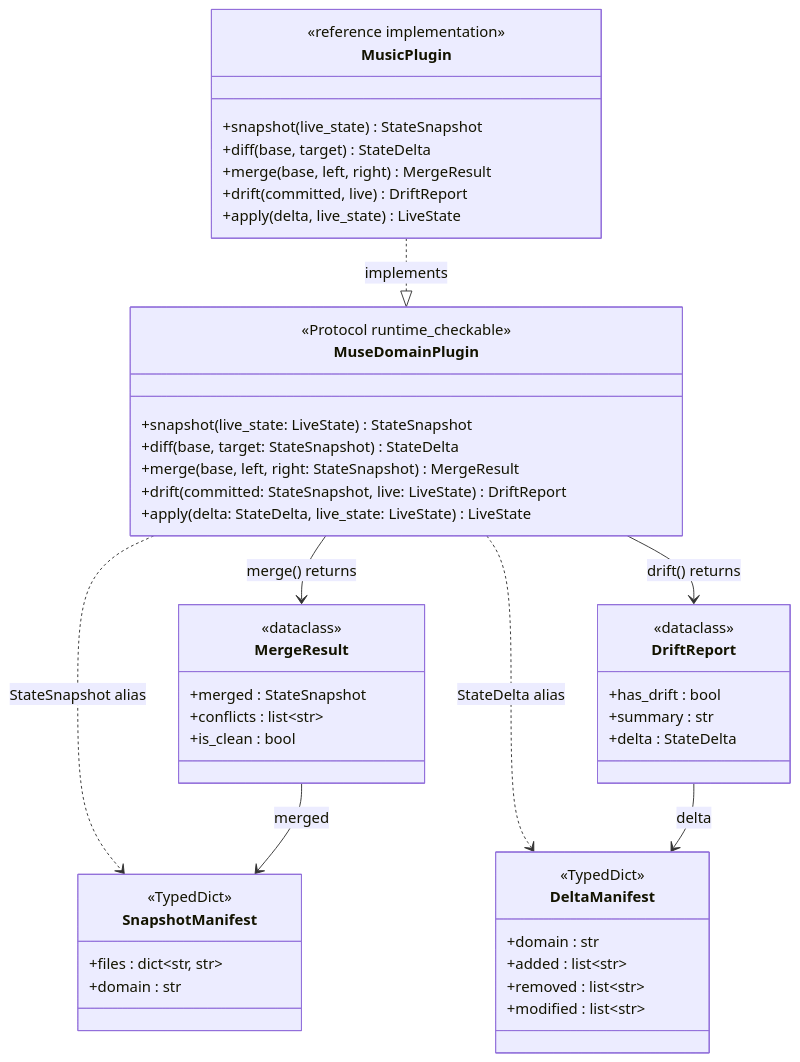
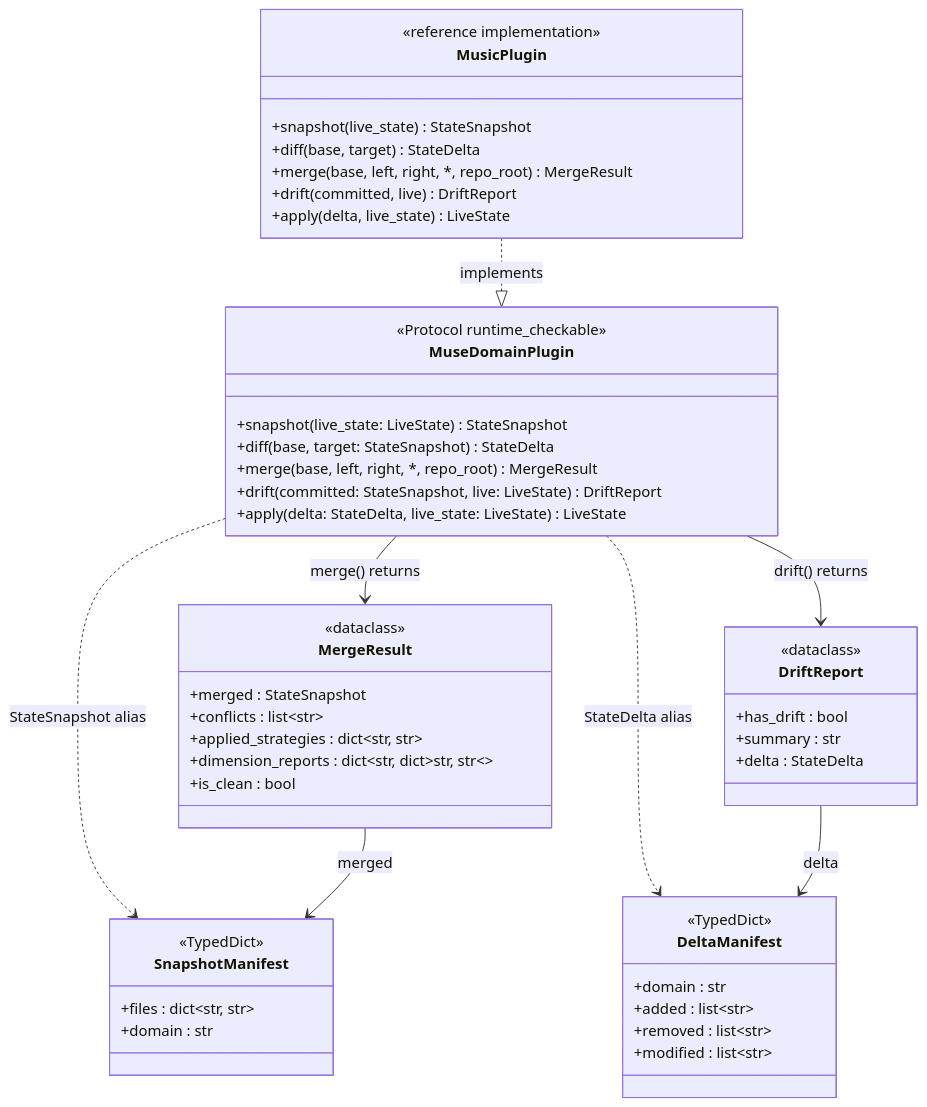
Before and after one commit to cgcardona/muse: the first of 9 diagrams in docs/reference/type-contracts.md, drawn with Mermaid. The commit also changed other lines of this file and 2 other files, not shown here.

````diff
--- a/docs/reference/type-contracts.md
+++ b/docs/reference/type-contracts.md
@@ -595,51 +705,53 @@
 ```mermaid
 classDiagram
     class SnapshotManifest {
         <<TypedDict>>
         +files : dict~str, str~
         +domain : str
     }
     class DeltaManifest {
         <<TypedDict>>
         +domain : str
         +added : list~str~
         +removed : list~str~
         +modified : list~str~
     }
     class MergeResult {
         <<dataclass>>
         +merged : StateSnapshot
         +conflicts : list~str~
+        +applied_strategies : dict~str, str~
+        +dimension_reports : dict~str, dict~str, str~~
         +is_clean : bool
     }
     class DriftReport {
         <<dataclass>>
         +has_drift : bool
         +summary : str
         +delta : StateDelta
     }
     class MuseDomainPlugin {
         <<Protocol runtime_checkable>>
         +snapshot(live_state: LiveState) StateSnapshot
         +diff(base, target: StateSnapshot) StateDelta
-        +merge(base, left, right: StateSnapshot) MergeResult
+        +merge(base, left, right, *, repo_root) MergeResult
         +drift(committed: StateSnapshot, live: LiveState) DriftReport
         +apply(delta: StateDelta, live_state: LiveState) LiveState
     }
     class MusicPlugin {
         <<reference implementation>>
         +snapshot(live_state) StateSnapshot
         +diff(base, target) StateDelta
-        +merge(base, left, right) MergeResult
+        +merge(base, left, right, *, repo_root) MergeResult
         +drift(committed, live) DriftReport
         +apply(delta, live_state) LiveState
     }
 
     MuseDomainPlugin ..> SnapshotManifest : StateSnapshot alias
     MuseDomainPlugin ..> DeltaManifest : StateDelta alias
     MuseDomainPlugin --> MergeResult : merge() returns
     MuseDomainPlugin --> DriftReport : drift() returns
     MusicPlugin ..|> MuseDomainPlugin : implements
     MergeResult --> SnapshotManifest : merged
     DriftReport --> DeltaManifest : delta
 ```
````
